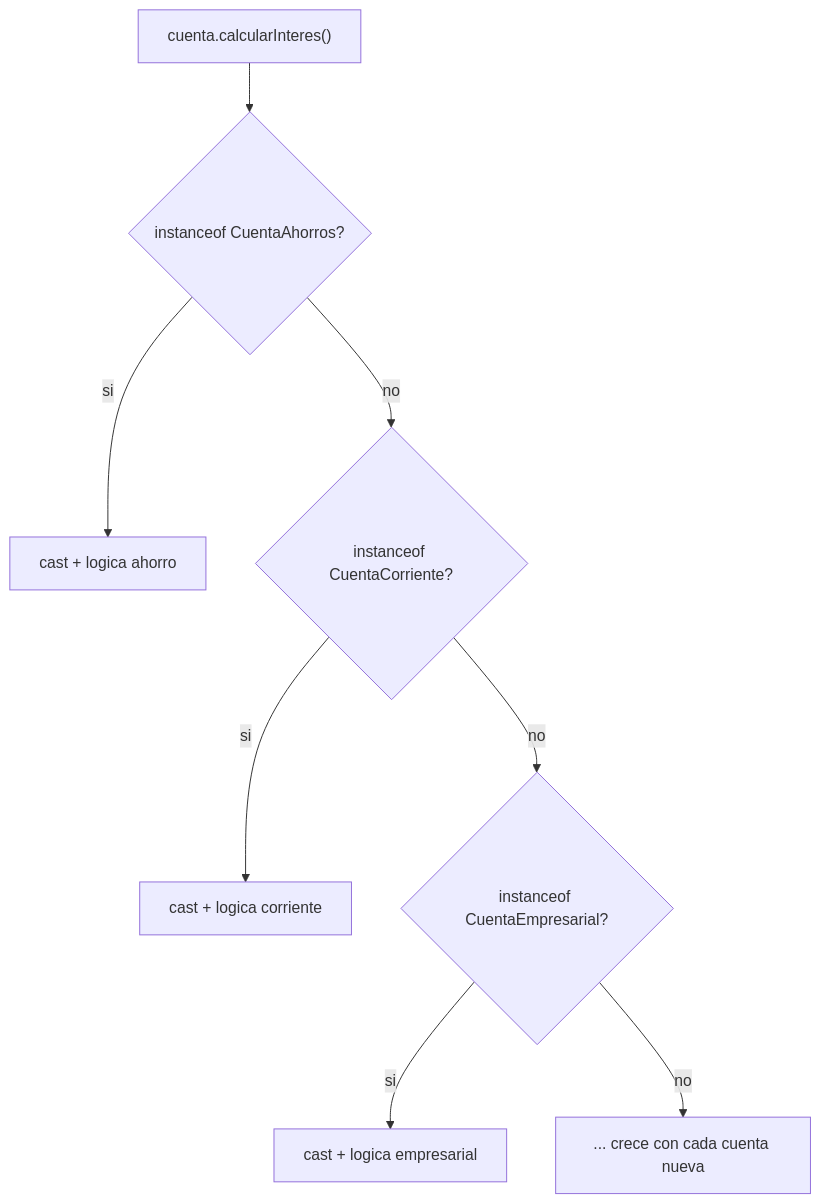
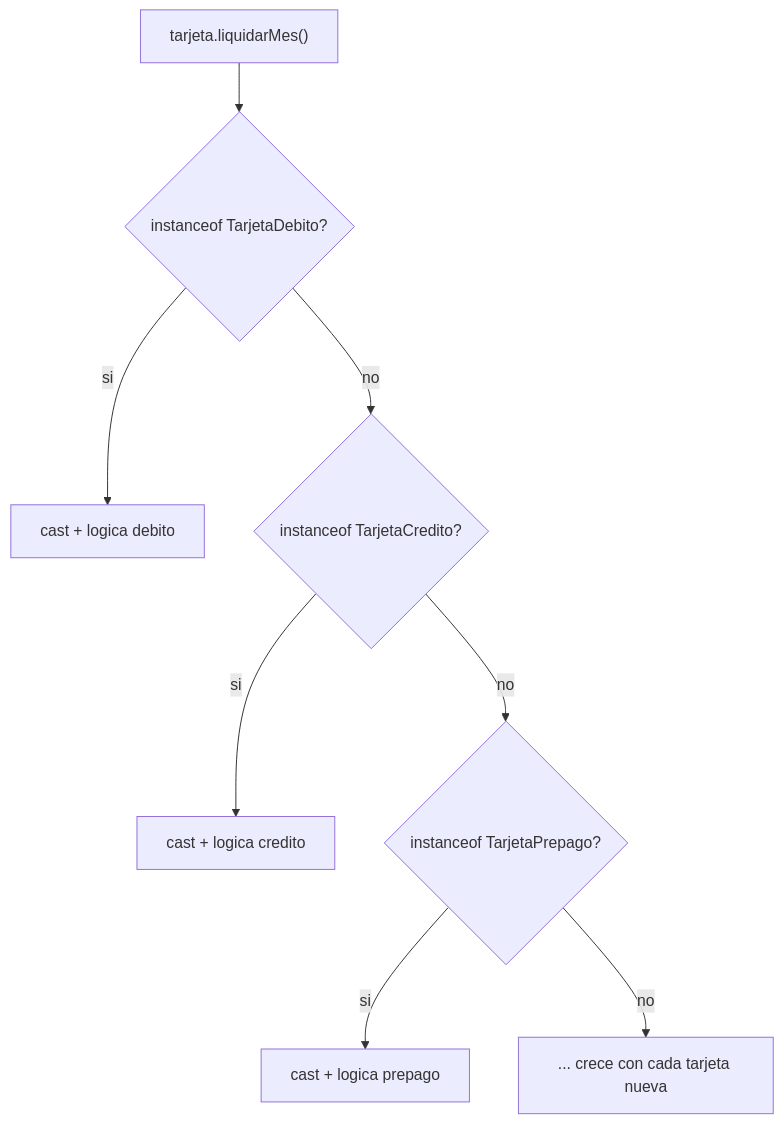
One commit to santiagoSuarez219/nodo-edu changed the first of 3 diagrams in content/cursos/estructuras-de-datos/polimorfismo.mdx. Above: the diagram before and after it, drawn with Mermaid. The commit also changed other lines of this file and 3 other files, not shown here.

````diff
--- a/content/cursos/estructuras-de-datos/polimorfismo.mdx
+++ b/content/cursos/estructuras-de-datos/polimorfismo.mdx
@@ -43,10 +43,10 @@
 ```mermaid
 flowchart TB
-  A["cuenta.calcularInteres()"] --> B{"instanceof CuentaAhorros?"}
-  B -->|"si"| C["cast + logica ahorro"]
-  B -->|"no"| D{"instanceof CuentaCorriente?"}
-  D -->|"si"| E["cast + logica corriente"]
-  D -->|"no"| F{"instanceof CuentaEmpresarial?"}
-  F -->|"si"| G["cast + logica empresarial"]
-  F -->|"no"| H["... crece con cada cuenta nueva"]
+  A["tarjeta.liquidarMes()"] --> B{"instanceof TarjetaDebito?"}
+  B -->|"si"| C["cast + logica debito"]
+  B -->|"no"| D{"instanceof TarjetaCredito?"}
+  D -->|"si"| E["cast + logica credito"]
+  D -->|"no"| F{"instanceof TarjetaPrepago?"}
+  F -->|"si"| G["cast + logica prepago"]
+  F -->|"no"| H["... crece con cada tarjeta nueva"]
 ```
````
